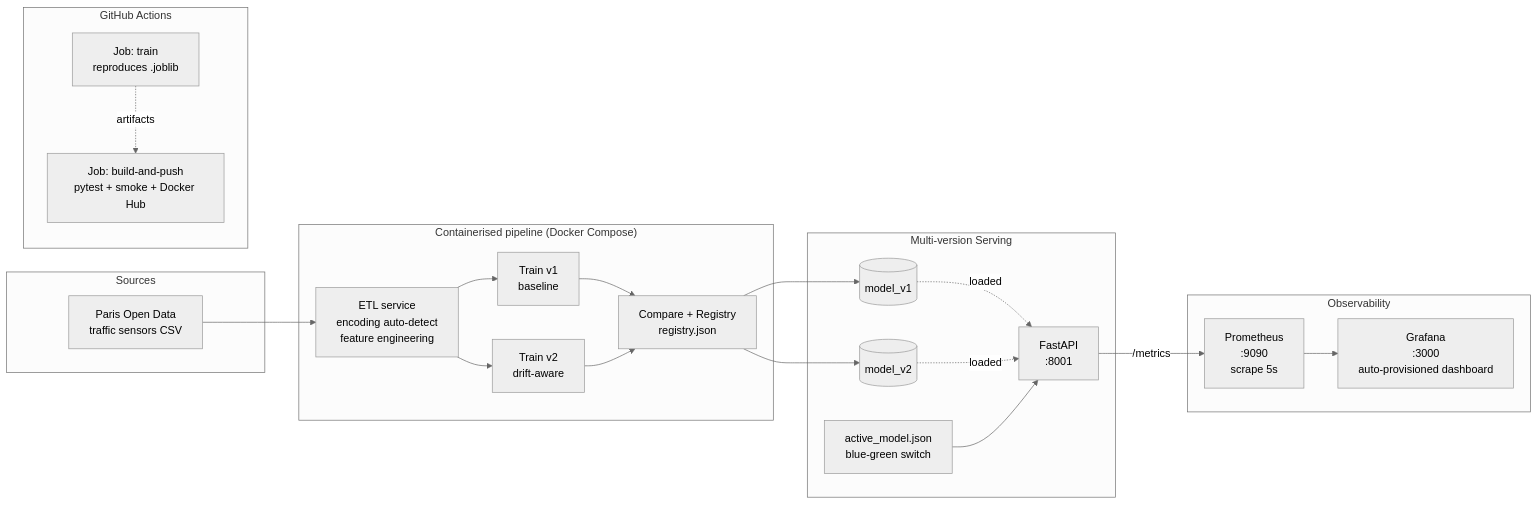
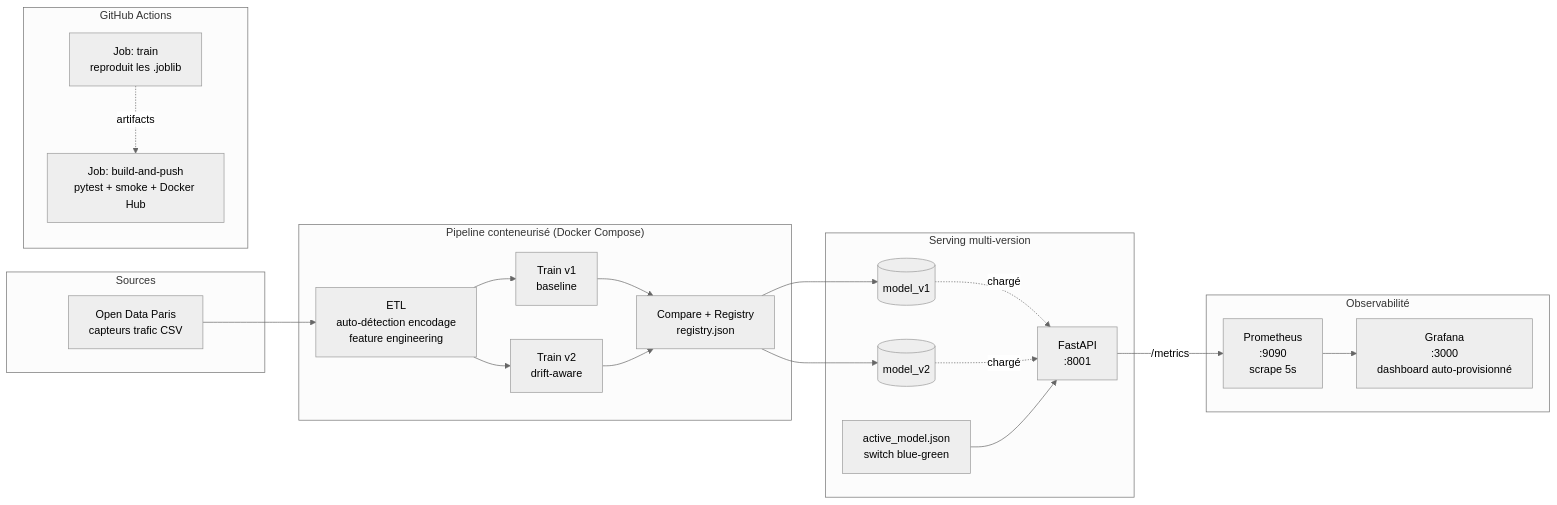
Before and after one commit to Mael8zinsou/Info_Trafic: the diagram in README.md, drawn with Mermaid (neutral theme). The commit also changed other lines of this file and 1 other file, not shown here.

First line of the commit message:
docs(readme): version FR à la racine, version EN dans docs/README.en.md

````diff
--- a/README.md
+++ b/README.md
@@ -73,40 +75,40 @@
 ```mermaid
 flowchart LR
     subgraph Sources
-        OD[Paris Open Data<br/>traffic sensors CSV]
+        OD[Open Data Paris<br/>capteurs trafic CSV]
     end
 
-    subgraph Pipeline ["Containerised pipeline (Docker Compose)"]
-        ETL[ETL service<br/>encoding auto-detect<br/>feature engineering]
+    subgraph Pipeline ["Pipeline conteneurisé (Docker Compose)"]
+        ETL[ETL<br/>auto-détection encodage<br/>feature engineering]
         T1[Train v1<br/>baseline]
         T2[Train v2<br/>drift-aware]
         CMP[Compare + Registry<br/>registry.json]
     end
 
-    subgraph Serving ["Multi-version Serving"]
+    subgraph Serving ["Serving multi-version"]
         API[FastAPI<br/>:8001]
-        ACT["active_model.json<br/>blue-green switch"]
+        ACT["active_model.json<br/>switch blue-green"]
         V1[(model_v1)]
         V2[(model_v2)]
     end
 
-    subgraph Observability
+    subgraph Observability ["Observabilité"]
         PROM[Prometheus<br/>:9090<br/>scrape 5s]
-        GRAF[Grafana<br/>:3000<br/>auto-provisioned dashboard]
+        GRAF[Grafana<br/>:3000<br/>dashboard auto-provisionné]
     end
 
     subgraph CI ["GitHub Actions"]
-        TR[Job: train<br/>reproduces .joblib]
+        TR[Job: train<br/>reproduit les .joblib]
         BP[Job: build-and-push<br/>pytest + smoke + Docker Hub]
     end
 
     OD --> ETL --> T1 --> CMP
     ETL --> T2 --> CMP
     CMP --> V1
     CMP --> V2
-    V1 -.loaded.-> API
-    V2 -.loaded.-> API
+    V1 -.chargé.-> API
+    V2 -.chargé.-> API
     ACT --> API
     API -- /metrics --> PROM --> GRAF
     TR -.artifacts.-> BP
 ```
````
